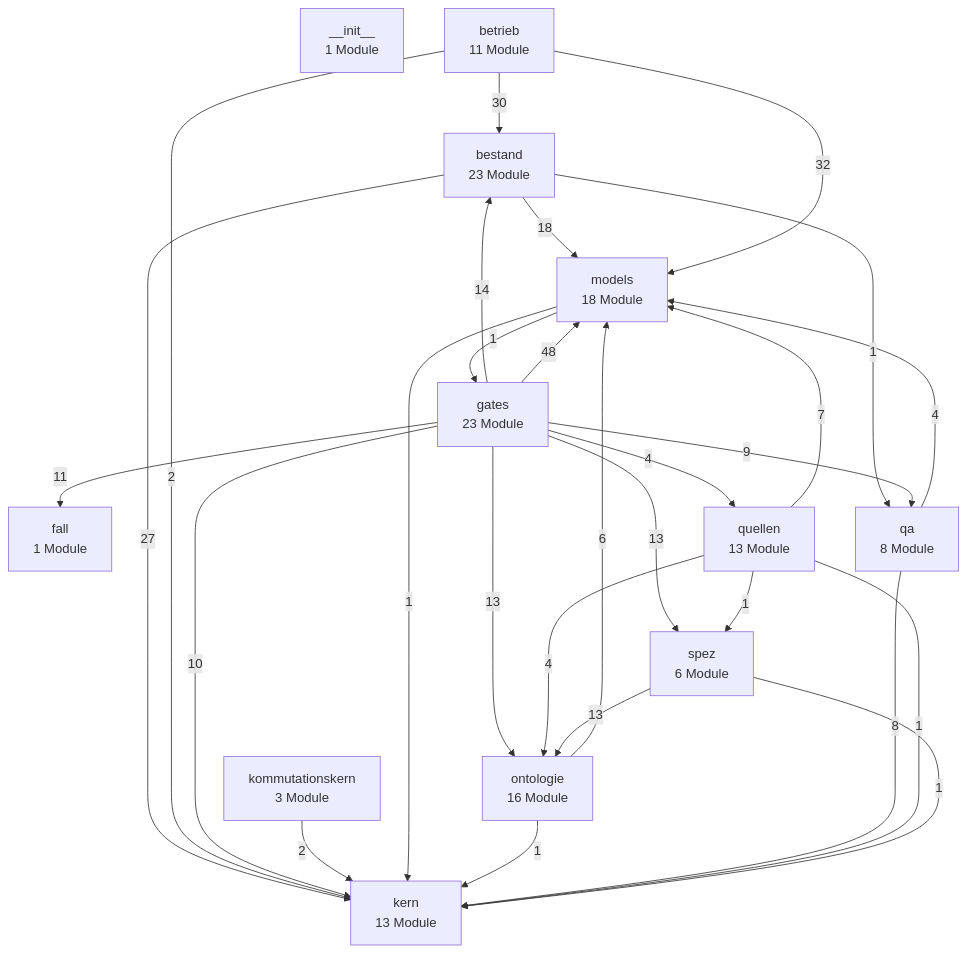
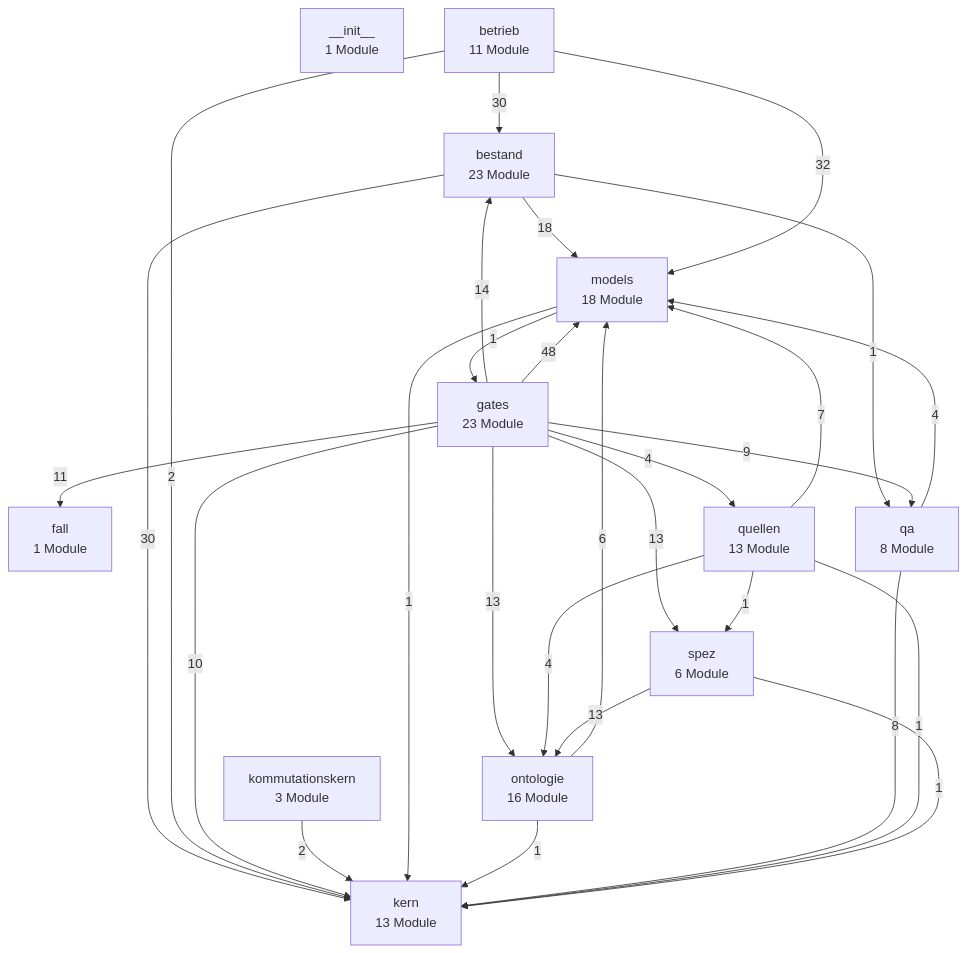
The first of 3 diagrams in docs/architektur/landkarte.md (bartlmac/rechner-pipeline), drawn with Mermaid before and after one commit. The commit also changed 11 other files, not shown here.

````diff
--- a/docs/architektur/landkarte.md
+++ b/docs/architektur/landkarte.md
@@ -27,43 +27,43 @@
 ```mermaid
 %% Schichten — erzeugt von ontologie.landkarte
 flowchart TD
     n__init__["__init__<br/>1 Module"]
     bestand["bestand<br/>23 Module"]
     betrieb["betrieb<br/>11 Module"]
     fall["fall<br/>1 Module"]
     gates["gates<br/>23 Module"]
     kern["kern<br/>13 Module"]
     kommutationskern["kommutationskern<br/>3 Module"]
     models["models<br/>18 Module"]
     ontologie["ontologie<br/>16 Module"]
     qa["qa<br/>8 Module"]
     quellen["quellen<br/>13 Module"]
     spez["spez<br/>6 Module"]
-    bestand -- 27 --> kern
+    bestand -- 30 --> kern
     bestand -- 18 --> models
     bestand -- 1 --> qa
     betrieb -- 30 --> bestand
     betrieb -- 2 --> kern
     betrieb -- 32 --> models
     gates -- 14 --> bestand
     gates -- 11 --> fall
     gates -- 10 --> kern
     gates -- 48 --> models
     gates -- 13 --> ontologie
     gates -- 9 --> qa
     gates -- 4 --> quellen
     gates -- 13 --> spez
     kommutationskern -- 2 --> kern
     models -- 1 --> gates
     models -- 1 --> kern
     ontologie -- 1 --> kern
     ontologie -- 6 --> models
     qa -- 8 --> kern
     qa -- 4 --> models
     quellen -- 1 --> kern
     quellen -- 7 --> models
     quellen -- 4 --> ontologie
     quellen -- 1 --> spez
     spez -- 1 --> kern
     spez -- 13 --> ontologie
 ```
````
